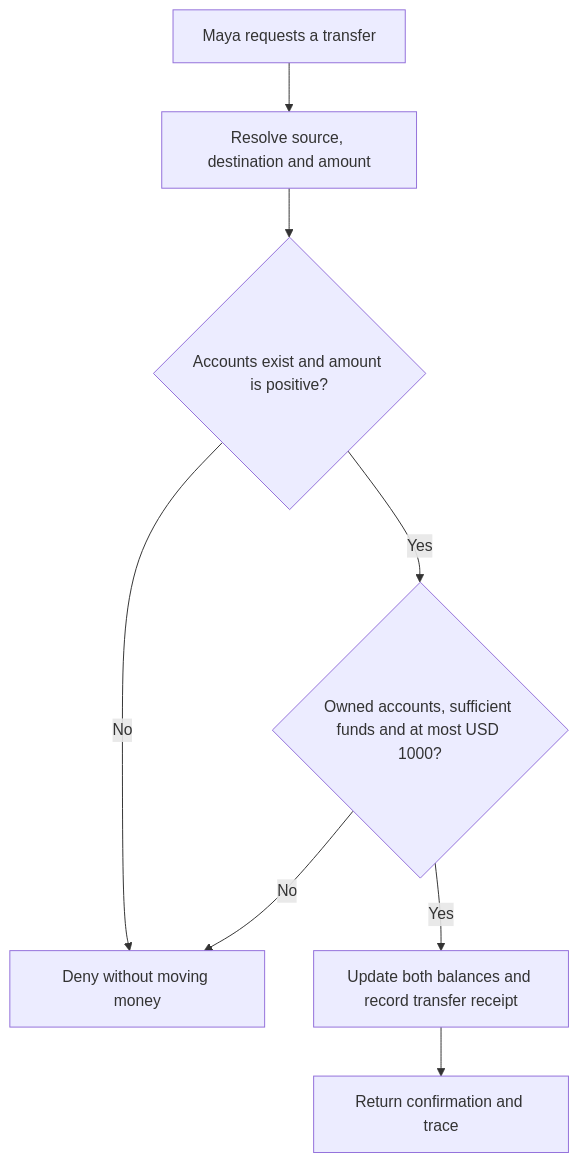
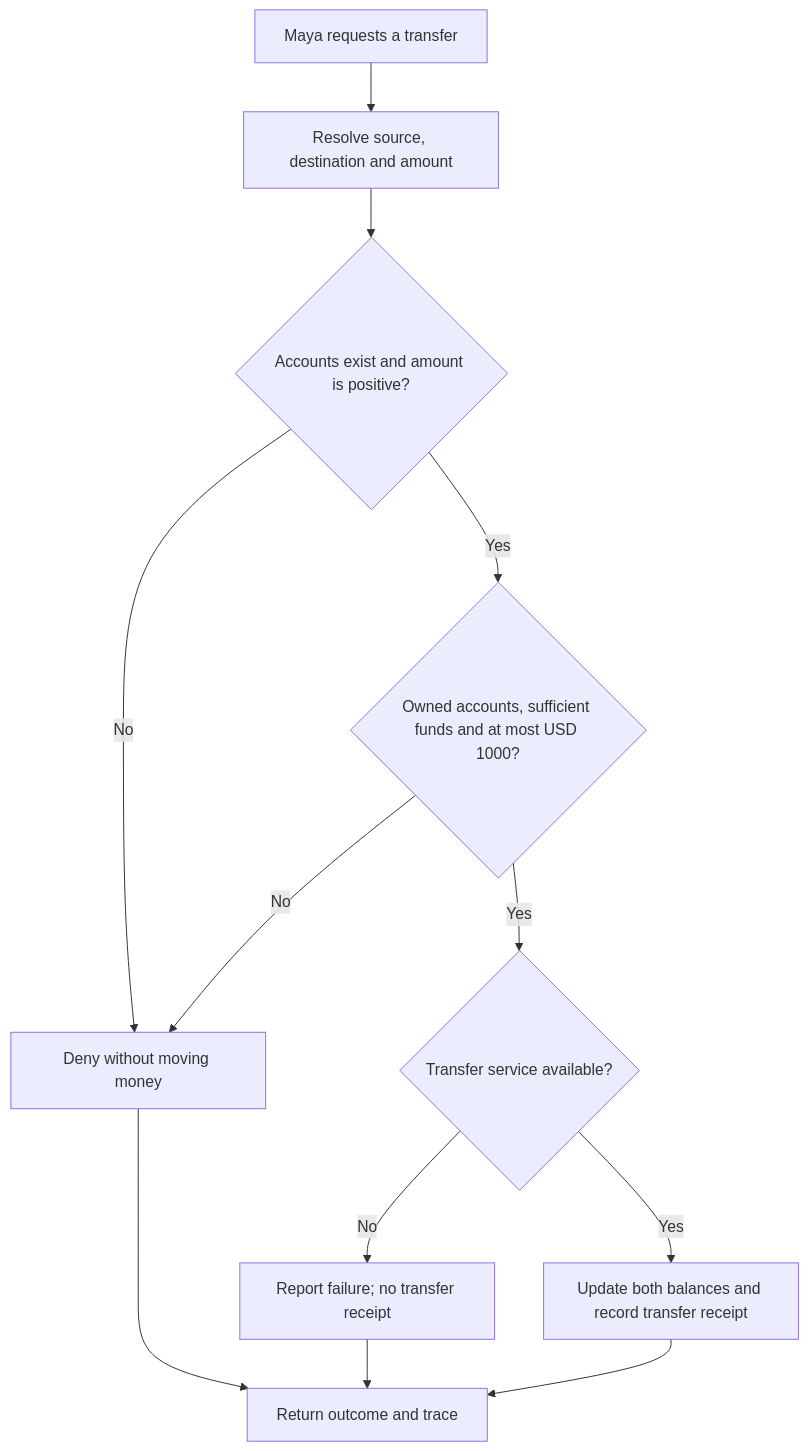
Before and after one commit to 4DvAnCeBoY/rook-demo: the second of 3 diagrams in demos/01-banking-code/agents-overview.md, drawn with Mermaid. The commit also changed 49 other files, not shown here.

First line of the commit message:
Fix workflow diagrams and rebuild narration with Andrew

````diff
--- a/demos/01-banking-code/agents-overview.md
+++ b/demos/01-banking-code/agents-overview.md
@@ -41,10 +41,14 @@
 ```mermaid
 flowchart TD
   A["Maya requests a transfer"] --> B["Resolve source, destination and amount"]
   B --> C{"Accounts exist and amount is positive?"}
   C -->|No| D["Deny without moving money"]
   C -->|Yes| E{"Owned accounts, sufficient funds and at most USD 1000?"}
   E -->|No| D
-  E -->|Yes| F["Update both balances and record transfer receipt"]
-  F --> G["Return confirmation and trace"]
+  E -->|Yes| H{"Transfer service available?"}
+  H -->|No| I["Report failure; no transfer receipt"]
+  H -->|Yes| F["Update both balances and record transfer receipt"]
+  F --> G["Return outcome and trace"]
+  D --> G
+  I --> G
 ```
````
